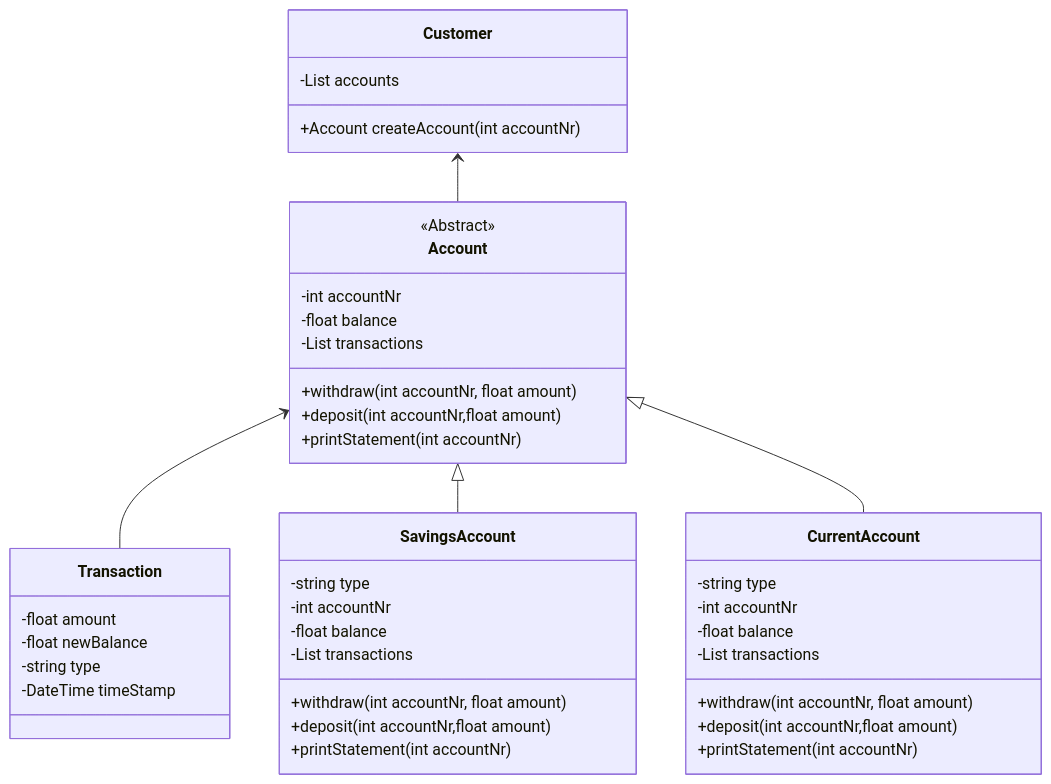
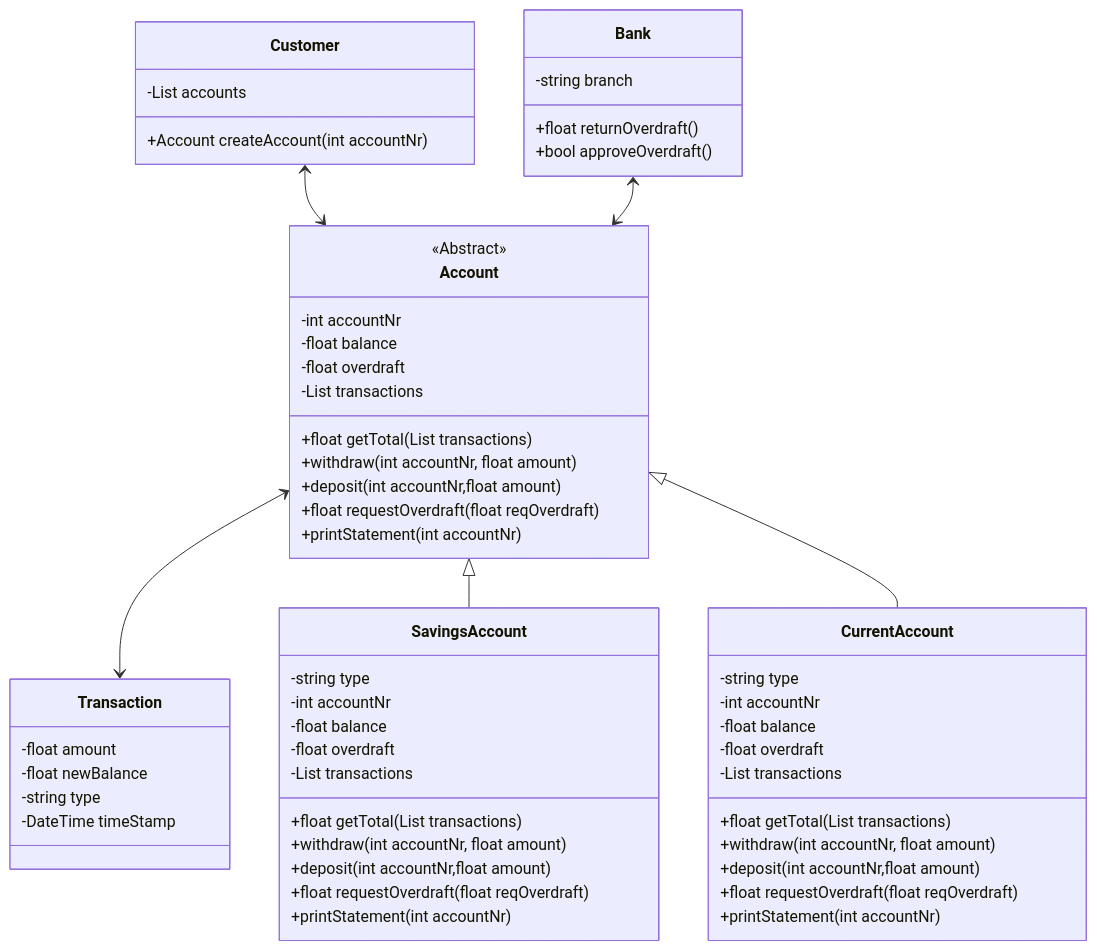
Before and after one commit to boolean-uk/csharp-tdd-oop-bank-challenge: the diagram in classDiagram.mmd, drawn with Mermaid.

Commit message:
Made changes to diagram for extensions

```diff
--- a/classDiagram.mmd
+++ b/classDiagram.mmd
@@ -1,44 +1,58 @@
 classDiagram
 
-    Customer <-- Account
-    Account <-- Transaction
+    Customer <--> Account
+    Account <--> Transaction
+    Bank <--> Account
     Account <|-- SavingsAccount
     Account <|-- CurrentAccount
     class Customer {
         -List<Account> accounts
         +Account createAccount(int accountNr)
     }
-
+    class Bank{
+        -string branch
+        +float returnOverdraft()
+        +bool approveOverdraft()
+    }
     class Account{
         <<Abstract>>
         -int accountNr
         -float balance
+        -float overdraft
         -List<Transaction> transactions
+        +float getTotal(List<Transaction> transactions)
         +withdraw(int accountNr, float amount)
         +deposit(int accountNr,float amount)
+        +float requestOverdraft(float reqOverdraft)
         +printStatement(int accountNr)
     }
     class CurrentAccount{
         -string type
         -int accountNr
         -float balance
+        -float overdraft
         -List<Transaction> transactions
+        +float getTotal(List<Transaction> transactions)
         +withdraw(int accountNr, float amount)
         +deposit(int accountNr,float amount)
+        +float requestOverdraft(float reqOverdraft)
         +printStatement(int accountNr)
     }
     class SavingsAccount{
         -string type
         -int accountNr
         -float balance
+        -float overdraft
         -List<Transaction> transactions
+        +float getTotal(List<Transaction> transactions)
         +withdraw(int accountNr, float amount)
         +deposit(int accountNr,float amount)
+        +float requestOverdraft(float reqOverdraft)
         +printStatement(int accountNr)
     }
     class Transaction{
         -float amount
         -float newBalance
         -string type
         -DateTime timeStamp
     }
```
